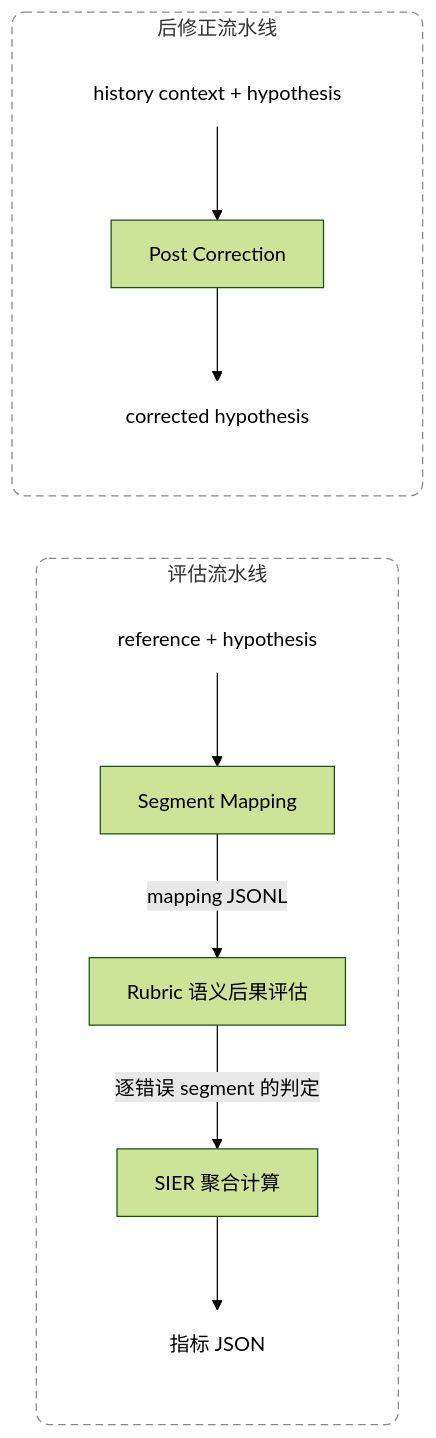
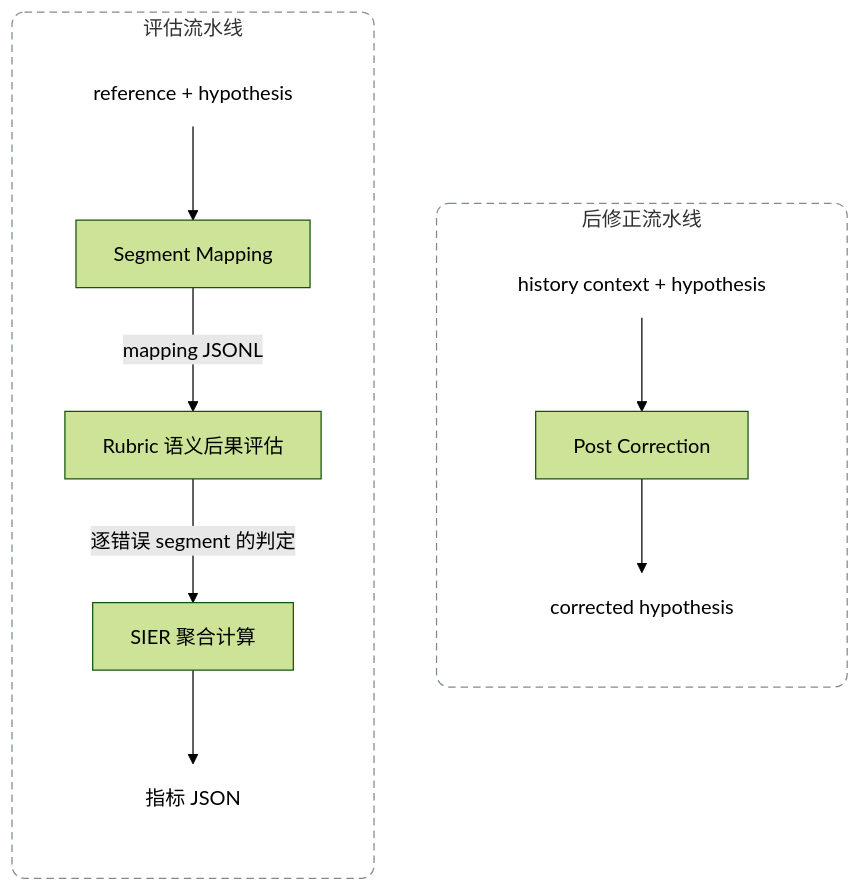
The first of 3 diagrams in README.md (NytePlus/SMART), drawn with Mermaid (forest theme) before and after one commit. The commit also changed other lines of this file and 55 other files, not shown here.

````diff
--- a/README.md
+++ b/README.md
@@ -25,20 +25,22 @@
 ```mermaid
 flowchart LR
     subgraph Evaluation[评估流水线]
         E1[reference + hypothesis] --> M[Segment Mapping]
         M -->|mapping JSONL| R[Rubric 语义后果评估]
         R -->|逐错误 segment 的判定| S[SIER 聚合计算]
         S --> E2[指标 JSON]
     end
 
     subgraph Correction[后修正流水线]
         C1[history context + hypothesis] --> P[Post Correction]
         P --> C2[corrected hypothesis]
     end
 
+    Evaluation ~~~ Correction
+
     classDef plainText fill:transparent,stroke:transparent,stroke-width:0px
     class E1,C1,E2,C2 plainText
 
     style Evaluation fill:transparent,stroke:#7f8c8d,stroke-width:1px,stroke-dasharray:6 4,rx:10px,ry:10px
     style Correction fill:transparent,stroke:#7f8c8d,stroke-width:1px,stroke-dasharray:6 4,rx:10px,ry:10px
 ```
````
